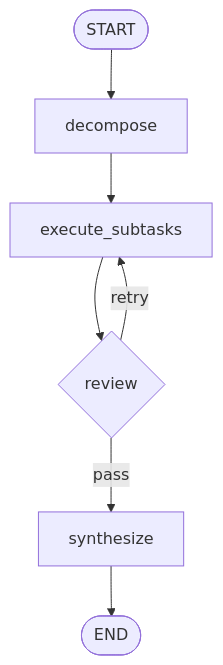
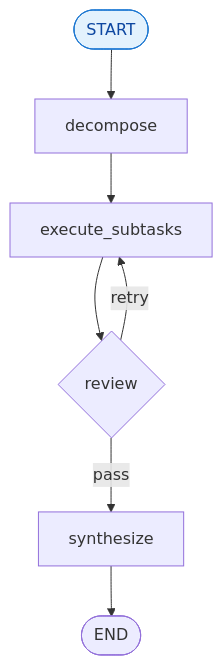
Before and after one commit to Guebbit/AI-coding-assistant: the first of 4 diagrams in docs/examples/swarm-orchestration.md, drawn with Mermaid. The commit also changed other lines of this file and 54 other files, not shown here.

First line of the commit message:
docs: add mermaid diagrams to quickstart & ollama-notes, color-code all flowcharts

````diff
--- a/docs/examples/swarm-orchestration.md
+++ b/docs/examples/swarm-orchestration.md
@@ -32,9 +32,10 @@
 ```mermaid
 flowchart TD
     START([START]) --> decompose["decompose"]
     decompose --> execute["execute_subtasks"]
     execute --> review{"review"}
     review -->|"pass"| synthesize["synthesize"]
     review -->|"retry"| execute
     synthesize --> END([END])
+    style START fill:#e3f2fd,stroke:#1976d2,color:#0d47a1
 ```
````
